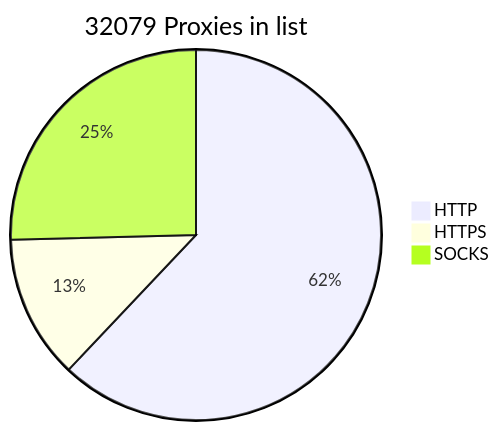
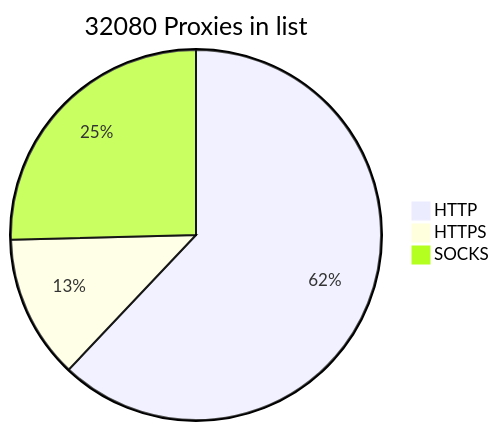
The diagram in README.md (BlackSnowDot/proxylist-update-every-minute), drawn with Mermaid before and after one commit.

````diff
--- a/README.md
+++ b/README.md
@@ -2,6 +2,6 @@
 ```mermaid
-pie title 32079 Proxies in list
+pie title 32080 Proxies in list
     "HTTP" : 21989
-    "HTTPS": 4445
+    "HTTPS": 4446
     "SOCKS" : 9002
 ```
````
